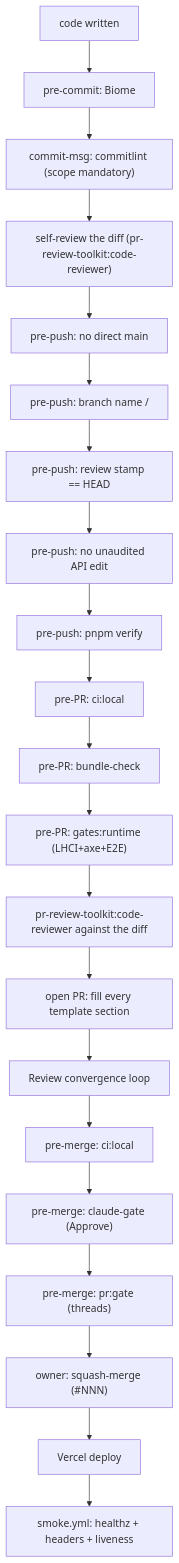
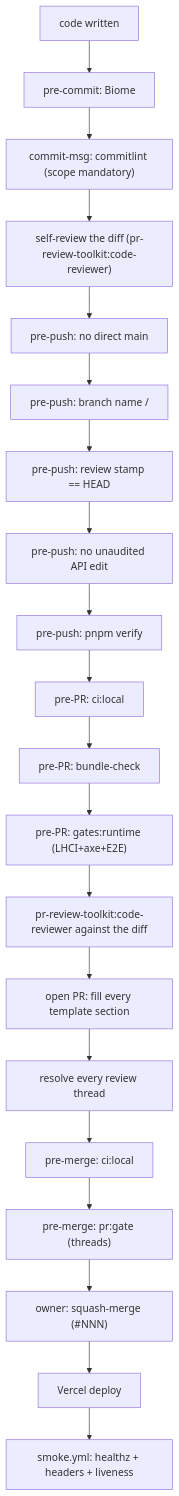
Before and after one commit to erikunha/portfolio: the first of 2 diagrams in docs/handbook/review-merge-release.md, drawn with Mermaid. The commit also changed other lines of this file and 10 other files, not shown here.

First line of the commit message:
ci(review): make claude-review opt-in and non-blocking (#355)

````diff
--- a/docs/handbook/review-merge-release.md
+++ b/docs/handbook/review-merge-release.md
@@ -7,23 +7,22 @@
 ```mermaid
 flowchart TD
     write["code written"] --> c1["pre-commit: Biome"]
     c1 --> c2["commit-msg: commitlint (scope mandatory)"]
     c2 --> battery["self-review the diff (pr-review-toolkit:code-reviewer)"]
     battery --> p1["pre-push: no direct main"]
     p1 --> p2["pre-push: branch name <type>/<desc>"]
     p2 --> p3["pre-push: review stamp == HEAD"]
     p3 --> p4["pre-push: no unaudited API edit"]
     p4 --> p5["pre-push: pnpm verify"]
     p5 --> r1["pre-PR: ci:local"]
     r1 --> r2["pre-PR: bundle-check"]
     r2 --> r4["pre-PR: gates:runtime (LHCI+axe+E2E)"]
     r4 --> r5["pr-review-toolkit:code-reviewer against the diff"]
     r5 --> o1["open PR: fill every template section"]
-    o1 --> o2["Review convergence loop"]
+    o1 --> o2["resolve every review thread"]
     o2 --> m1["pre-merge: ci:local"]
-    m1 --> m3["pre-merge: claude-gate (Approve)"]
-    m3 --> m4["pre-merge: pr:gate (threads)"]
+    m1 --> m4["pre-merge: pr:gate (threads)"]
     m4 --> merge["owner: squash-merge (#NNN)"]
     merge --> deploy["Vercel deploy"]
     deploy --> smoke["smoke.yml: healthz + headers + liveness"]
 ```
````
